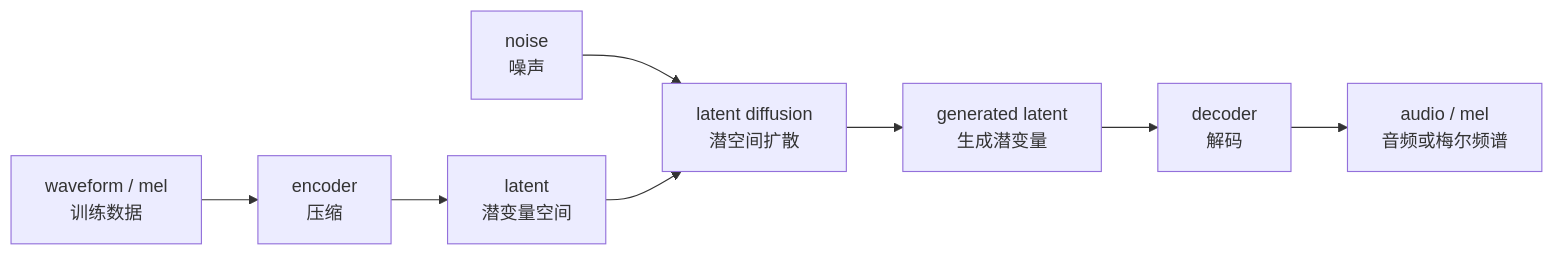
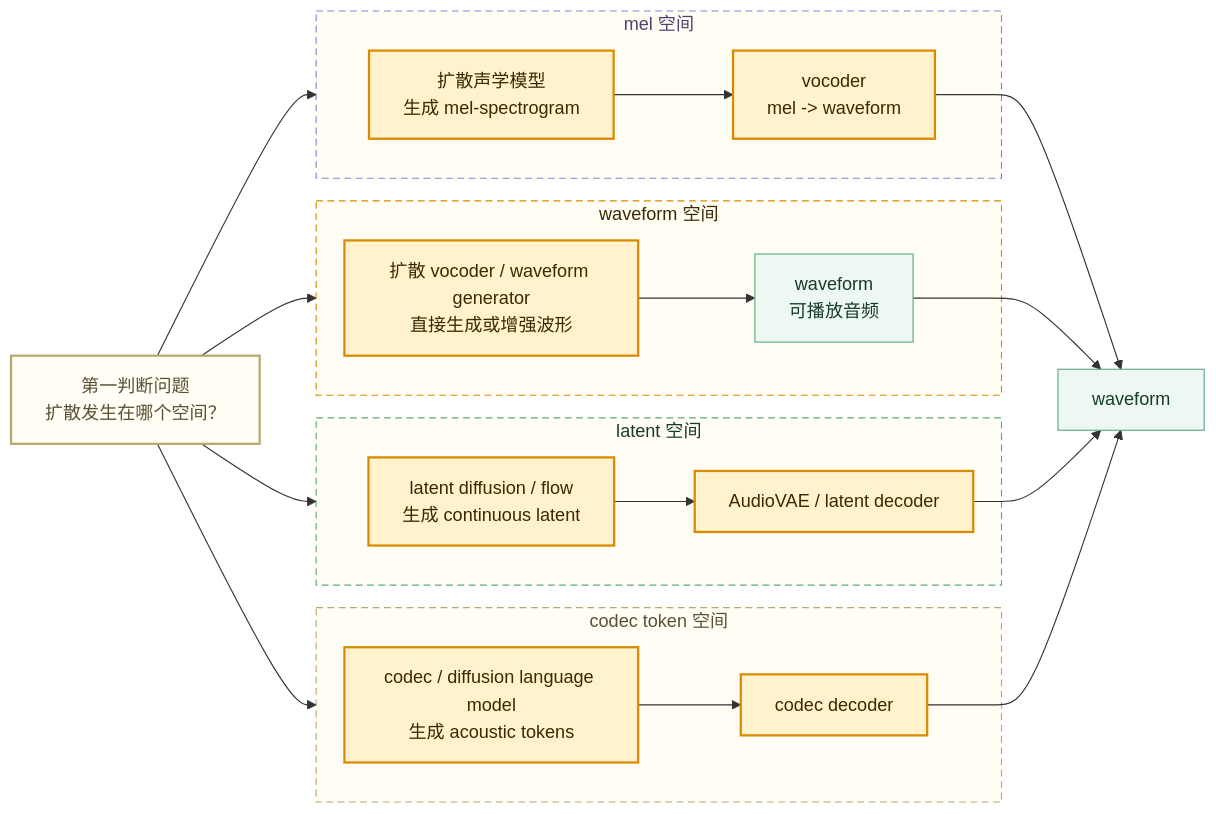
One commit to dugenkui03/OmniVoice changed the third of 5 diagrams in books/chapter10_扩散模型与新一代TTS.md. Above: the diagram before and after it, drawn with Mermaid. The commit also changed other lines of this file and 11 other files, not shown here.

````diff
--- a/books/chapter10_扩散模型与新一代TTS.md
+++ b/books/chapter10_扩散模型与新一代TTS.md
@@ -255,10 +196,47 @@
 ```mermaid
 flowchart LR
-    A["waveform / mel<br/>训练数据"] --> B["encoder<br/>压缩"]
-    B --> C["latent<br/>潜变量空间"]
-    D["noise<br/>噪声"] --> E["latent diffusion<br/>潜空间扩散"]
-    C --> E
-    E --> F["generated latent<br/>生成潜变量"]
-    F --> G["decoder<br/>解码"]
-    G --> H["audio / mel<br/>音频或梅尔频谱"]
+    Q["第一判断问题<br/>扩散发生在哪个空间？"] --> A
+    Q --> B
+    Q --> C
+    Q --> D
+
+    subgraph A["mel 空间"]
+        A1["扩散声学模型<br/>生成 mel-spectrogram"]
+        A2["vocoder<br/>mel -> waveform"]
+        A1 --> A2
+    end
+
+    subgraph B["waveform 空间"]
+        B1["扩散 vocoder / waveform generator<br/>直接生成或增强波形"]
+        B2["waveform<br/>可播放音频"]
+        B1 --> B2
+    end
+
+    subgraph C["latent 空间"]
+        C1["latent diffusion / flow<br/>生成 continuous latent"]
+        C2["AudioVAE / latent decoder"]
+        C1 --> C2
+    end
+
+    subgraph D["codec token 空间"]
+        D1["codec / diffusion language model<br/>生成 acoustic tokens"]
+        D2["codec decoder"]
+        D1 --> D2
+    end
+
+    A2 --> O["waveform"]
+    B2 --> O
+    C2 --> O
+    D2 --> O
+
+    classDef question fill:#FFFDF4,stroke:#B7A870,stroke-width:2px,color:#5A5134;
+    classDef core fill:#FFF2CC,stroke:#D88B00,stroke-width:2px,color:#3B2A00;
+    classDef output fill:#EEF8F3,stroke:#5CA982,color:#173B2B;
+    class Q question;
+    class A1,B1,C1,D1,A2,C2,D2 core;
+    class B2,O output;
+    style A fill:#FFFDF4,stroke:#8B80D8,stroke-dasharray:6 4,color:#4A436E;
+    style B fill:#FFFDF4,stroke:#D88B00,stroke-dasharray:6 4,color:#3B2A00;
+    style C fill:#FFFDF4,stroke:#5CA982,stroke-dasharray:6 4,color:#173B2B;
+    style D fill:#FFFDF4,stroke:#B7A870,stroke-dasharray:6 4,color:#5A5134;
 ```
````
